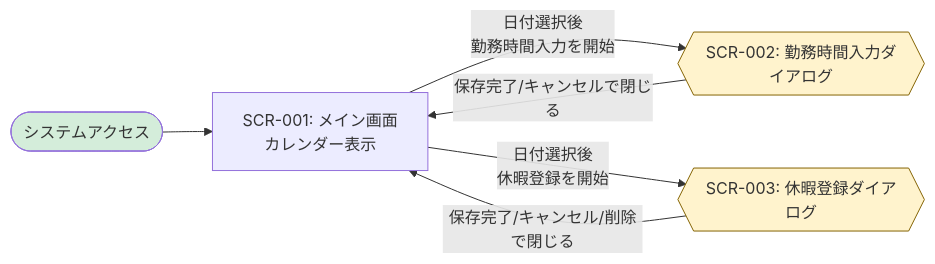
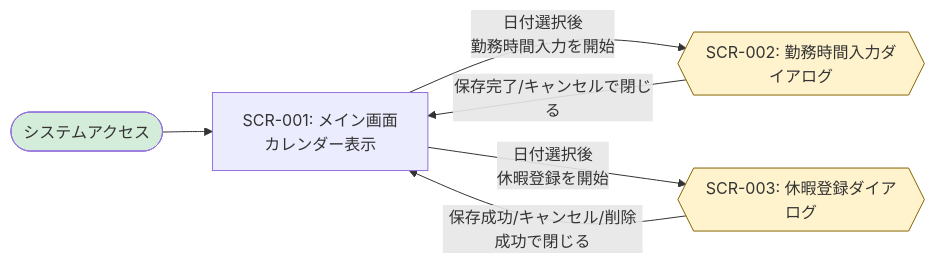
One commit to suzukitakanory/offjt_01 changed the diagram in attendance-system-workshop-ja/docs/design/screen-design.md. Above: the diagram before and after it, drawn with Mermaid. The commit also changed other lines of this file and 21 other files, not shown here.

````diff
--- a/attendance-system-workshop-ja/docs/design/screen-design.md
+++ b/attendance-system-workshop-ja/docs/design/screen-design.md
@@ -28,14 +28,14 @@
 ```mermaid
 graph LR
     START([システムアクセス]) --> SCR-001[SCR-001: メイン画面<br/>カレンダー表示]
 
   SCR-001 -->|日付選択後<br/>勤務時間入力を開始| SCR-002{{SCR-002: 勤務時間入力ダイアログ}}
   SCR-001 -->|日付選択後<br/>休暇登録を開始| SCR-003{{SCR-003: 休暇登録ダイアログ}}
 
   SCR-002 -->|保存完了/キャンセルで閉じる| SCR-001
-  SCR-003 -->|保存完了/キャンセル/削除で閉じる| SCR-001
+  SCR-003 -->|保存成功/キャンセル/削除成功で閉じる| SCR-001
     
     style START fill:#d4edda
   style SCR-002 fill:#fff3cd,stroke:#856404
   style SCR-003 fill:#fff3cd,stroke:#856404
 ```
````
